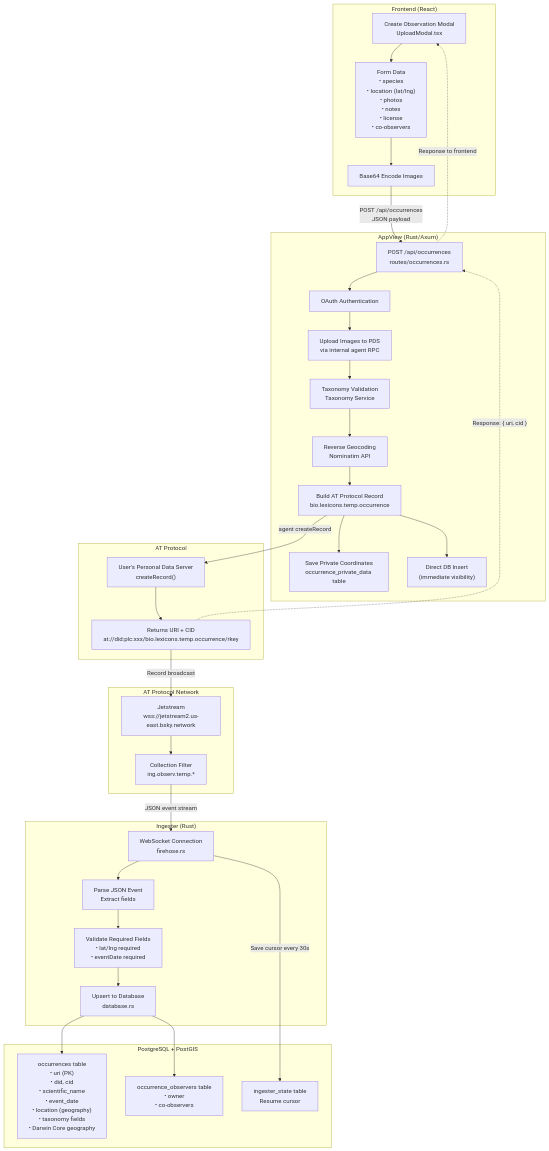
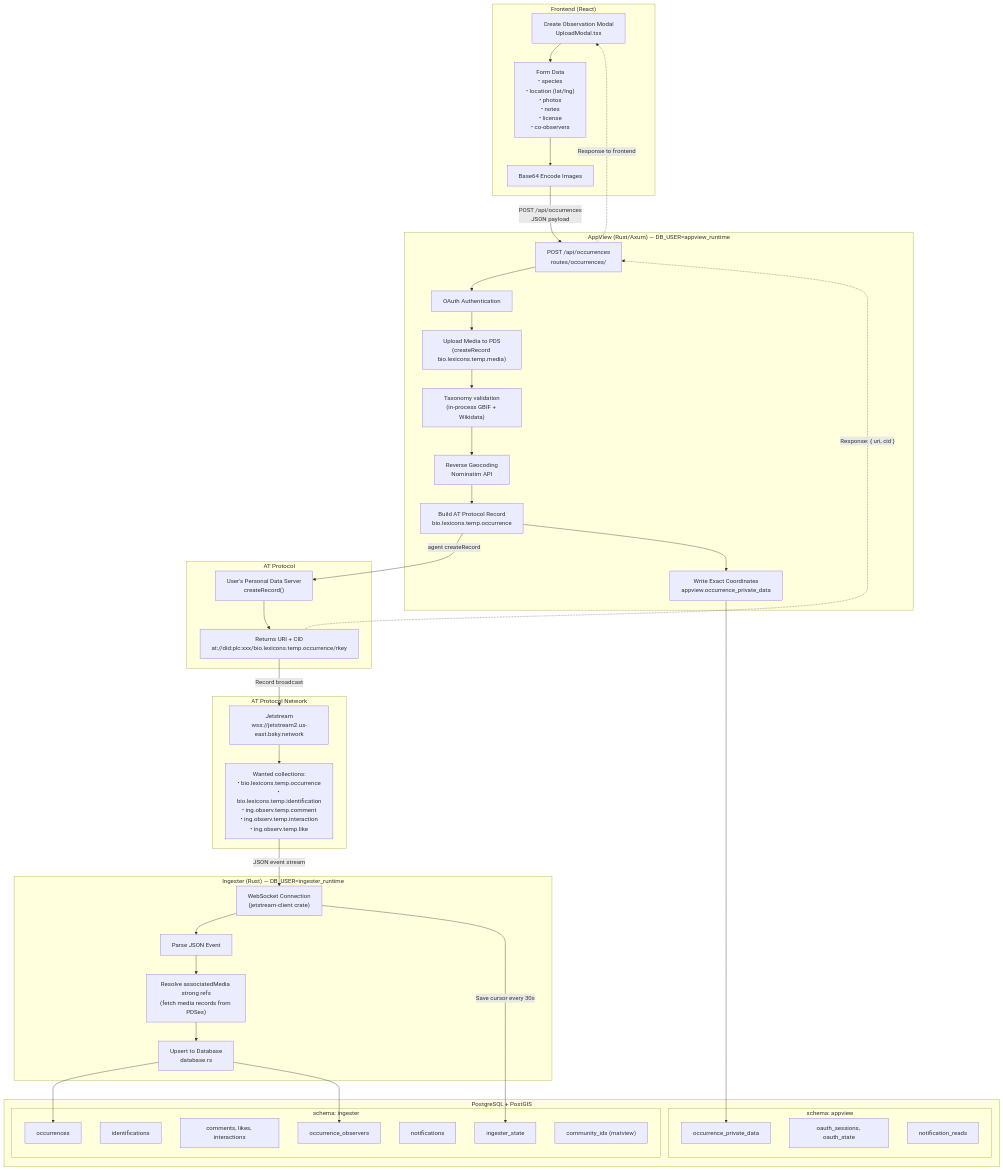
One commit to observ-ing/core changed the diagram in docs/data-flow.md. Above: the diagram before and after it, drawn with Mermaid. The commit also changed other lines of this file and 8 other files, not shown here.

First line of the commit message:
docs: refresh post ingester-only-writes spike

````diff
--- a/docs/data-flow.md
+++ b/docs/data-flow.md
@@ -7,68 +9,78 @@
 ```mermaid
 flowchart TB
     subgraph Frontend["Frontend (React)"]
         Modal["Create Observation Modal<br/>UploadModal.tsx"]
         FormData["Form Data<br/>• species<br/>• location (lat/lng)<br/>• photos<br/>• notes<br/>• license<br/>• co-observers"]
         Base64["Base64 Encode Images"]
         Modal --> FormData --> Base64
     end
 
-    subgraph AppView["AppView (Rust/Axum)"]
-        API["POST /api/occurrences<br/>routes/occurrences.rs"]
+    subgraph AppView["AppView (Rust/Axum) — DB_USER=appview_runtime"]
+        API["POST /api/occurrences<br/>routes/occurrences/"]
         Auth["OAuth Authentication"]
-        BlobUpload["Upload Images to PDS<br/>via internal agent RPC"]
-        GBIF["Taxonomy Validation<br/>Taxonomy Service"]
+        BlobUpload["Upload Media to PDS<br/>(createRecord bio.lexicons.temp.media)"]
+        GBIF["Taxonomy validation<br/>(in-process GBIF + Wikidata)"]
         Geocode["Reverse Geocoding<br/>Nominatim API"]
         BuildRecord["Build AT Protocol Record<br/>bio.lexicons.temp.occurrence"]
-        PrivateData["Save Private Coordinates<br/>occurrence_private_data table"]
-        DirectInsert["Direct DB Insert<br/>(immediate visibility)"]
+        PrivateData["Write Exact Coordinates<br/>appview.occurrence_private_data"]
     end
 
     subgraph ATProtocol["AT Protocol"]
         PDS["User's Personal Data Server<br/>createRecord()"]
         URI["Returns URI + CID<br/>at://did:plc:xxx/bio.lexicons.temp.occurrence/rkey"]
     end
 
     subgraph Firehose["AT Protocol Network"]
         Jetstream["Jetstream<br/>wss://jetstream2.us-east.bsky.network"]
-        Filter["Collection Filter<br/>ing.observ.temp.*"]
+        Filter["Wanted collections:<br/>• bio.lexicons.temp.occurrence<br/>• bio.lexicons.temp.identification<br/>• ing.observ.temp.comment<br/>• ing.observ.temp.interaction<br/>• ing.observ.temp.like"]
     end
 
-    subgraph Ingester["Ingester (Rust)"]
-        WS["WebSocket Connection<br/>firehose.rs"]
-        Parse["Parse JSON Event<br/>Extract fields"]
-        Validate["Validate Required Fields<br/>• lat/lng required<br/>• eventDate required"]
+    subgraph Ingester["Ingester (Rust) — DB_USER=ingester_runtime"]
+        WS["WebSocket Connection<br/>(jetstream-client crate)"]
+        Parse["Parse JSON Event"]
+        Resolve["Resolve associatedMedia strong refs<br/>(fetch media records from PDSes)"]
         Upsert["Upsert to Database<br/>database.rs"]
     end
 
     subgraph Database["PostgreSQL + PostGIS"]
-        Occurrences["occurrences table<br/>• uri (PK)<br/>• did, cid<br/>• scientific_name<br/>• event_date<br/>• location (geography)<br/>• taxonomy fields<br/>• Darwin Core geography"]
-        Observers["occurrence_observers table<br/>• owner<br/>• co-observers"]
-        Cursor["ingester_state table<br/>Resume cursor"]
+        subgraph IngSchema["schema: ingester"]
+            Occurrences["occurrences"]
+            Identifications["identifications"]
+            Comments["comments, likes, interactions"]
+            Observers["occurrence_observers"]
+            Notifications["notifications"]
+            Cursor["ingester_state"]
+            Matview["community_ids (matview)"]
+        end
+        subgraph AppvSchema["schema: appview"]
+            PrivData["occurrence_private_data"]
+            OauthTbls["oauth_sessions, oauth_state"]
+            NotifReads["notification_reads"]
+        end
     end
 
     %% Main flow
     Base64 -->|"POST /api/occurrences<br/>JSON payload"| API
     API --> Auth
     Auth --> BlobUpload
     BlobUpload --> GBIF
     GBIF --> Geocode
     Geocode --> BuildRecord
     BuildRecord -->|"agent createRecord"| PDS
     BuildRecord --> PrivateData
-    BuildRecord --> DirectInsert
+    PrivateData --> PrivData
     PDS --> URI
     URI -->|"Record broadcast"| Jetstream
     Jetstream --> Filter
     Filter -->|"JSON event stream"| WS
     WS --> Parse
-    Parse --> Validate
-    Validate --> Upsert
+    Parse --> Resolve
+    Resolve --> Upsert
     Upsert --> Occurrences
     Upsert --> Observers
     WS -->|"Save cursor every 30s"| Cursor
 
     %% Response flow
     URI -.->|"Response: { uri, cid }"| API
     API -.->|"Response to frontend"| Modal
 ```
````
